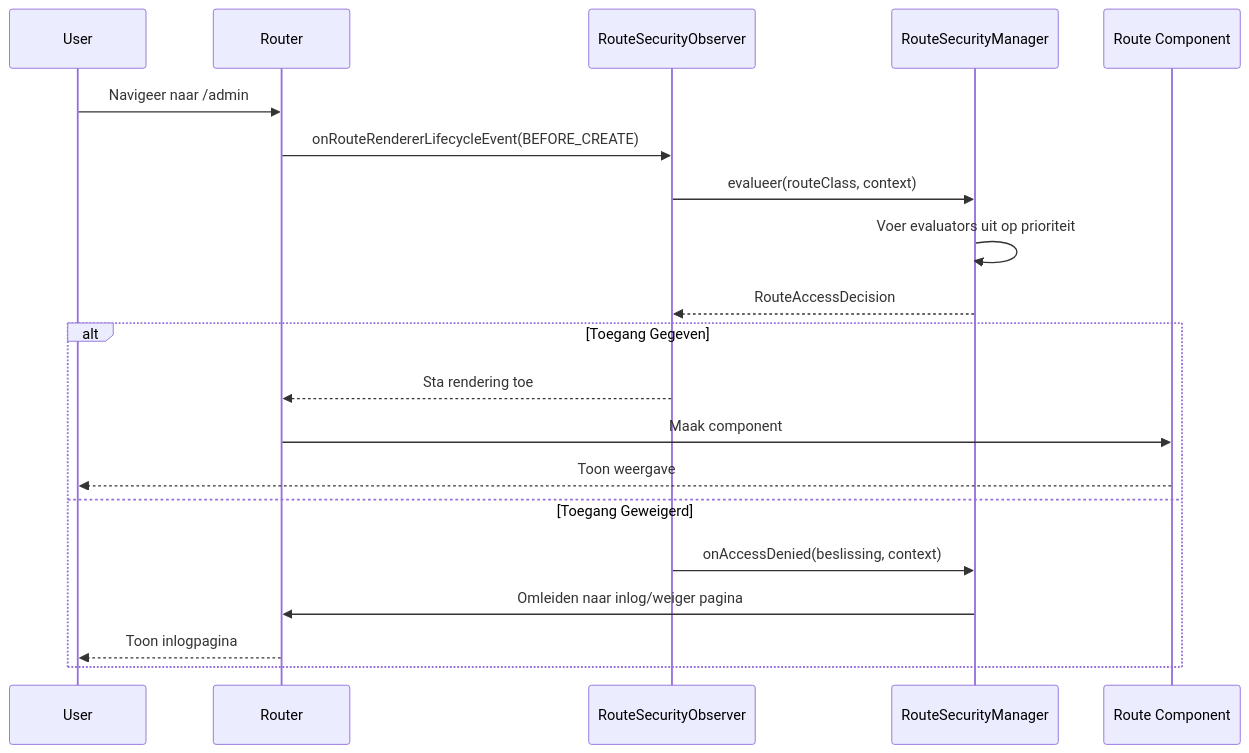
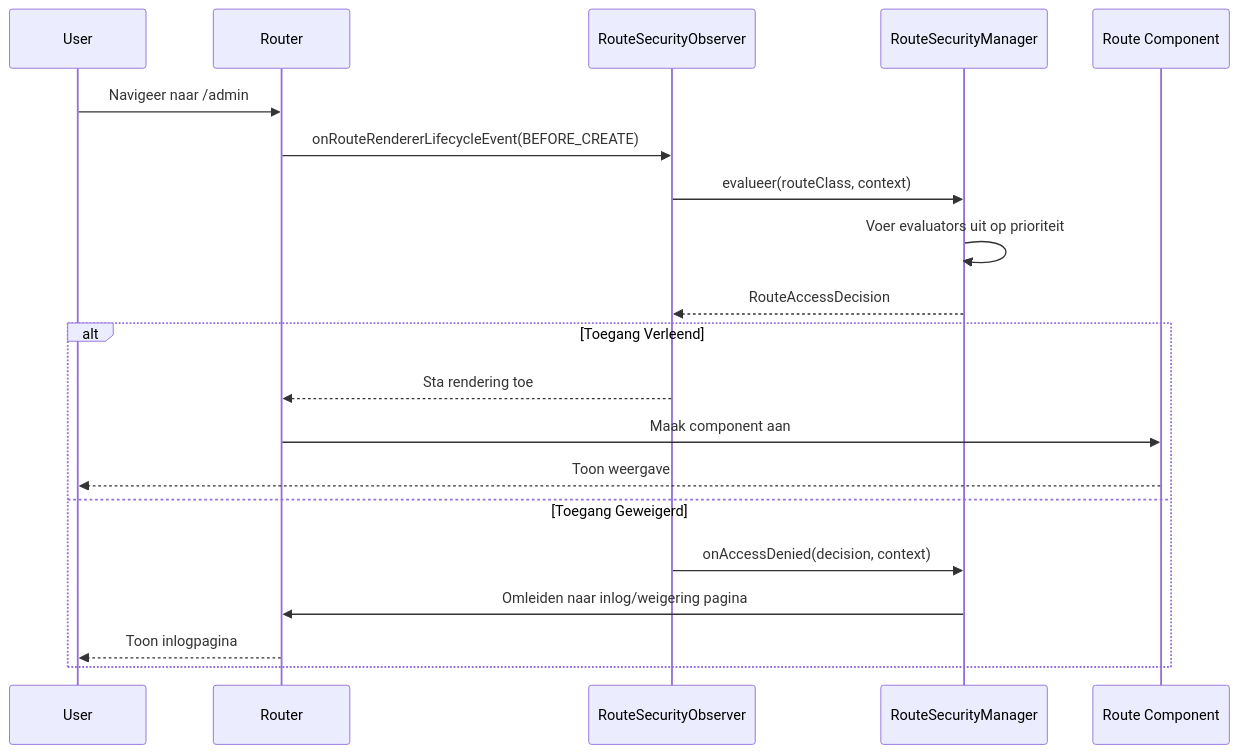
Before and after one commit to webforj/webforj-documentation: the diagram in docs/i18n/nl/docusaurus-plugin-content-docs/current/security/architecture/navigation-flow.md, drawn with Mermaid. The commit also changed other lines of this file and 389 other files, not shown here.

````diff
--- a/docs/i18n/nl/docusaurus-plugin-content-docs/current/security/architecture/navigation-flow.md
+++ b/docs/i18n/nl/docusaurus-plugin-content-docs/current/security/architecture/navigation-flow.md
@@ -33,24 +33,24 @@
 ```mermaid
 sequenceDiagram
-    participant User
-    participant Router
-    participant Observer as RouteSecurityObserver
-    participant Manager as RouteSecurityManager
-    participant Component as Route Component
+  participant User
+  participant Router
+  participant Observer as RouteSecurityObserver
+  participant Manager as RouteSecurityManager
+  participant Component as Route Component
 
-    User->>Router: Navigeer naar /admin
-    Router->>Observer: onRouteRendererLifecycleEvent(BEFORE_CREATE)
-    Observer->>Manager: evalueer(routeClass, context)
-    Manager->>Manager: Voer evaluators uit op prioriteit
-    Manager-->>Observer: RouteAccessDecision
+  User->>Router: Navigeer naar /admin
+  Router->>Observer: onRouteRendererLifecycleEvent(BEFORE_CREATE)
+  Observer->>Manager: evalueer(routeClass, context)
+  Manager->>Manager: Voer evaluators uit op prioriteit
+  Manager-->>Observer: RouteAccessDecision
 
-    alt Toegang Gegeven
-        Observer-->>Router: Sta rendering toe
-        Router->>Component: Maak component
-        Component-->>User: Toon weergave
-    else Toegang Geweigerd
-        Observer->>Manager: onAccessDenied(beslissing, context)
-        Manager->>Router: Omleiden naar inlog/weiger pagina
-        Router-->>User: Toon inlogpagina
-    end
+  alt Toegang Verleend
+    Observer-->>Router: Sta rendering toe
+    Router->>Component: Maak component aan
+    Component-->>User: Toon weergave
+  else Toegang Geweigerd
+    Observer->>Manager: onAccessDenied(decision, context)
+    Manager->>Router: Omleiden naar inlog/weigering pagina
+    Router-->>User: Toon inlogpagina
+  end
 ```
````
